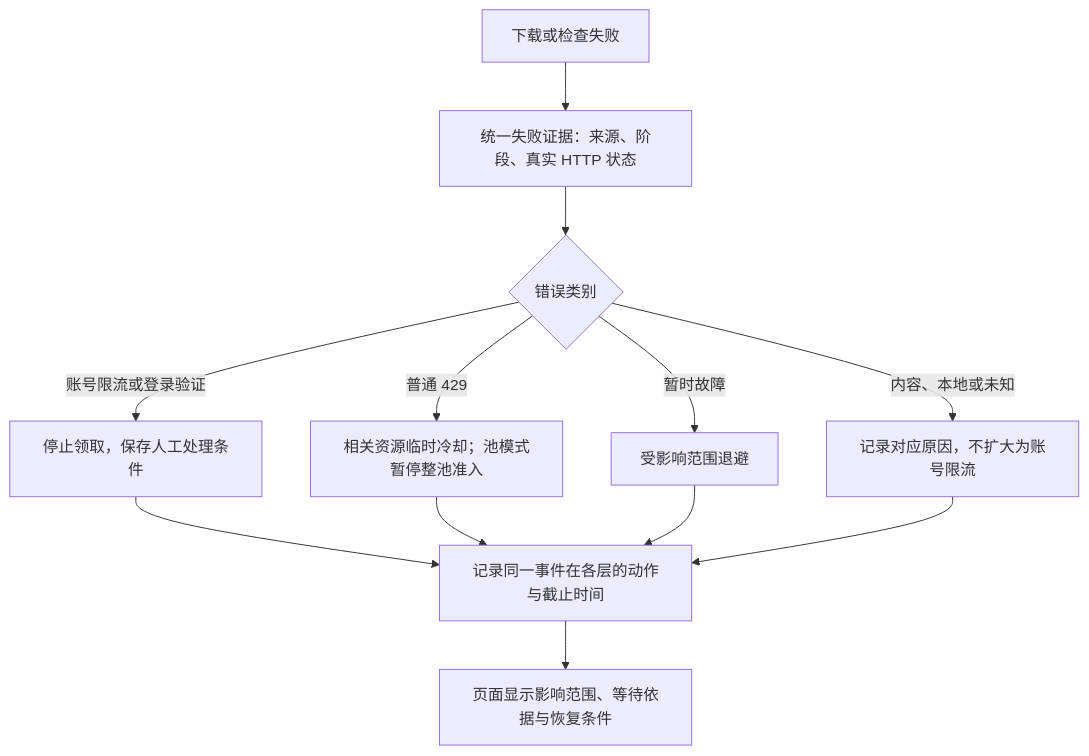
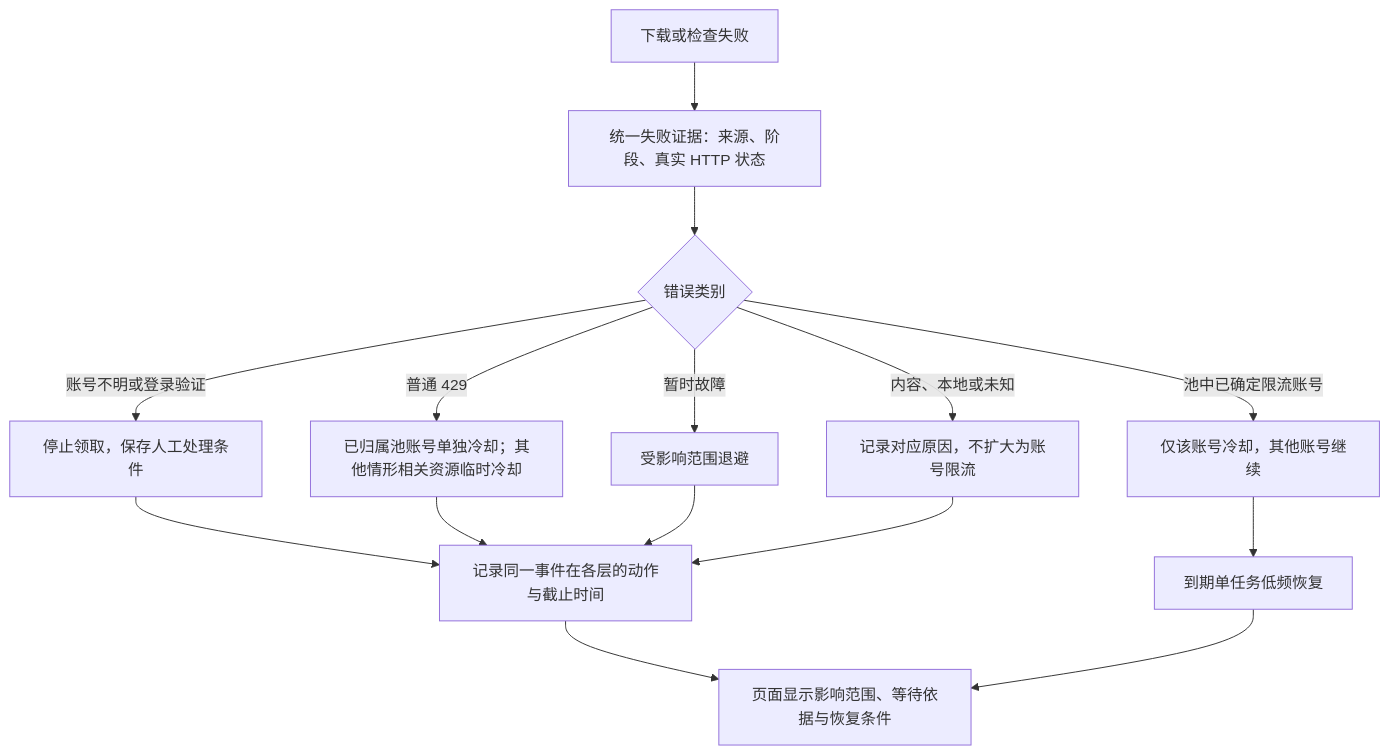
The diagram in docs/download-recovery-decisions.md (583872770/auto-video-download-and-upload), drawn with Mermaid before and after one commit. The commit also changed other lines of this file and 29 other files, not shown here.

````diff
--- a/docs/download-recovery-decisions.md
+++ b/docs/download-recovery-decisions.md
@@ -25,14 +25,17 @@
 ```mermaid
 flowchart TD
     A[下载或检查失败] --> B[统一失败证据：来源、阶段、真实 HTTP 状态]
     B --> C{错误类别}
-    C -->|账号限流或登录验证| D[停止领取，保存人工处理条件]
-    C -->|普通 429| E[相关资源临时冷却；池模式暂停整池准入]
+    C -->|池中已确定限流账号| I[仅该账号冷却，其他账号继续]
+    I --> J[到期单任务低频恢复]
+    C -->|账号不明或登录验证| D[停止领取，保存人工处理条件]
+    C -->|普通 429| E[已归属池账号单独冷却；其他情形相关资源临时冷却]
     C -->|暂时故障| F[受影响范围退避]
     C -->|内容、本地或未知| G[记录对应原因，不扩大为账号限流]
     D --> H[记录同一事件在各层的动作与截止时间]
     E --> H
     F --> H
     G --> H
-    H --> I[页面显示影响范围、等待依据与恢复条件]
+    H --> K[页面显示影响范围、等待依据与恢复条件]
+    J --> K
 ```
````
